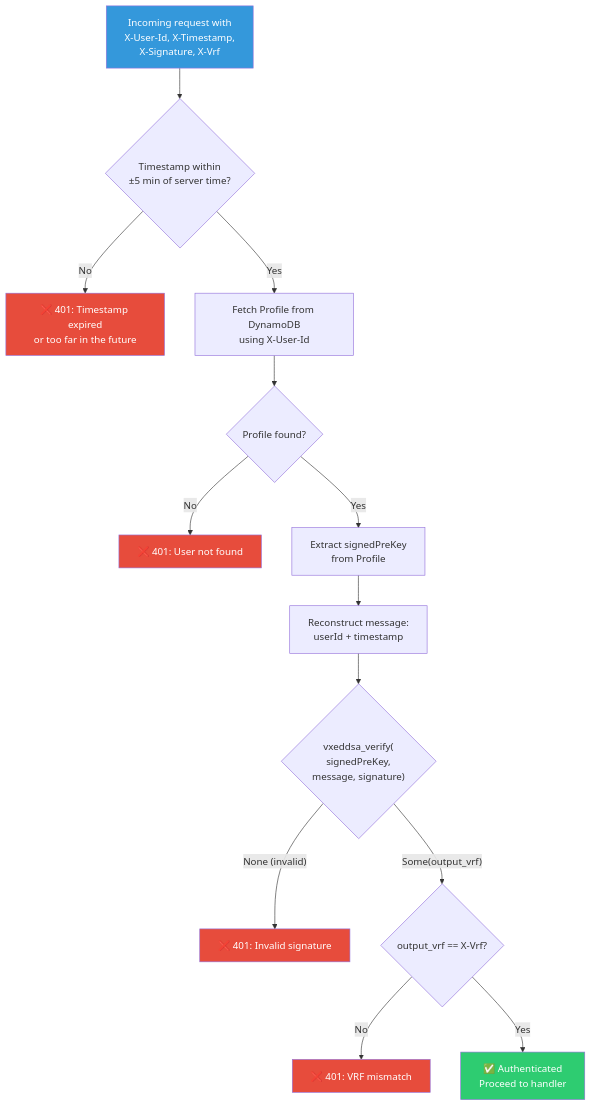
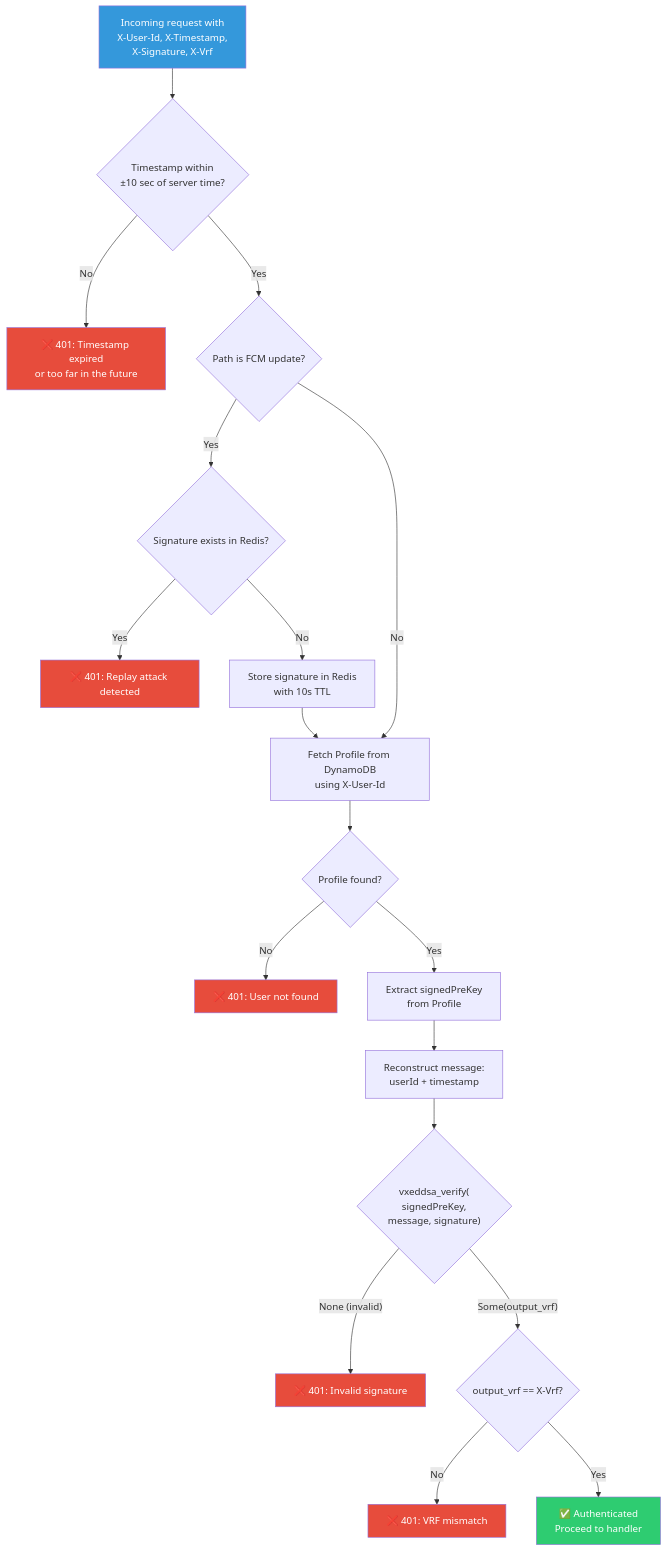
One commit to debarkamondal/khamoshchat-api changed the fifth of 7 diagrams in docs/cryptographic_flows.md. Above: the diagram before and after it, drawn with Mermaid. The commit also changed other lines of this file and 5 other files, not shown here.

Commit message:
feat: add retry logic for OPK consumption, tighten timestamp drift to 10s, and implement Redis-based replay protection for FCM updates.

````diff
--- a/docs/cryptographic_flows.md
+++ b/docs/cryptographic_flows.md
@@ -160,22 +170,28 @@
 ```mermaid
 flowchart TD
-    A["Incoming request with<br/>X-User-Id, X-Timestamp,<br/>X-Signature, X-Vrf"] --> B{"Timestamp within<br/>±5 min of server time?"}
+    A["Incoming request with<br/>X-User-Id, X-Timestamp,<br/>X-Signature, X-Vrf"] --> B{"Timestamp within<br/>±10 sec of server time?"}
     B -- No --> ERR1["❌ 401: Timestamp expired<br/>or too far in the future"]
-    B -- Yes --> C["Fetch Profile from DynamoDB<br/>using X-User-Id"]
+    B -- Yes --> B2{"Path is FCM update?"}
+    B2 -- Yes --> B3{"Signature exists in Redis?"}
+    B3 -- Yes --> ERR5["❌ 401: Replay attack detected"]
+    B3 -- No --> B4["Store signature in Redis<br/>with 10s TTL"]
+    B4 --> C["Fetch Profile from DynamoDB<br/>using X-User-Id"]
+    B2 -- No --> C
     C --> D{"Profile found?"}
     D -- No --> ERR2["❌ 401: User not found"]
     D -- Yes --> E["Extract signedPreKey<br/>from Profile"]
     E --> F["Reconstruct message:<br/>userId + timestamp"]
     F --> G{"vxeddsa_verify(<br/>signedPreKey,<br/>message, signature)"}
     G -- "None (invalid)" --> ERR3["❌ 401: Invalid signature"]
     G -- "Some(output_vrf)" --> H{"output_vrf == X-Vrf?"}
     H -- No --> ERR4["❌ 401: VRF mismatch"]
     H -- Yes --> I["✅ Authenticated<br/>Proceed to handler"]
 
     style A fill:#3498db,color:#fff
     style I fill:#2ecc71,color:#fff
     style ERR1 fill:#e74c3c,color:#fff
     style ERR2 fill:#e74c3c,color:#fff
     style ERR3 fill:#e74c3c,color:#fff
     style ERR4 fill:#e74c3c,color:#fff
+    style ERR5 fill:#e74c3c,color:#fff
 ```
````
